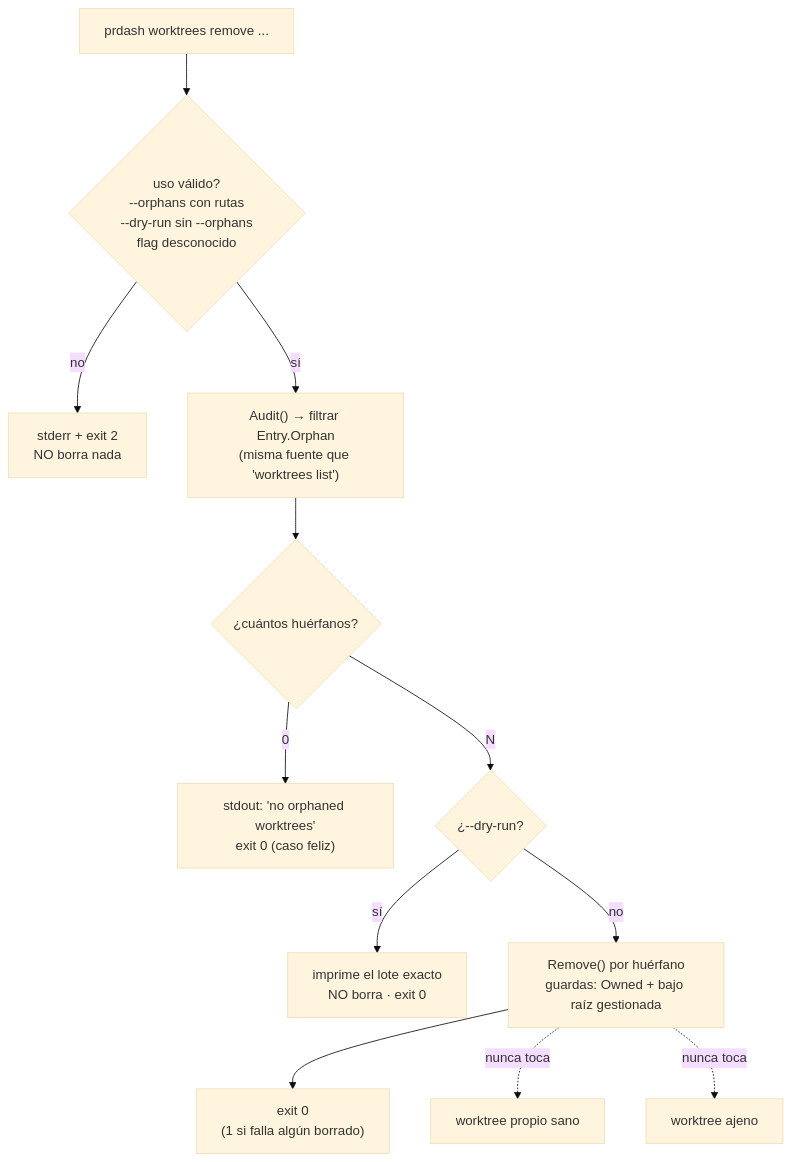
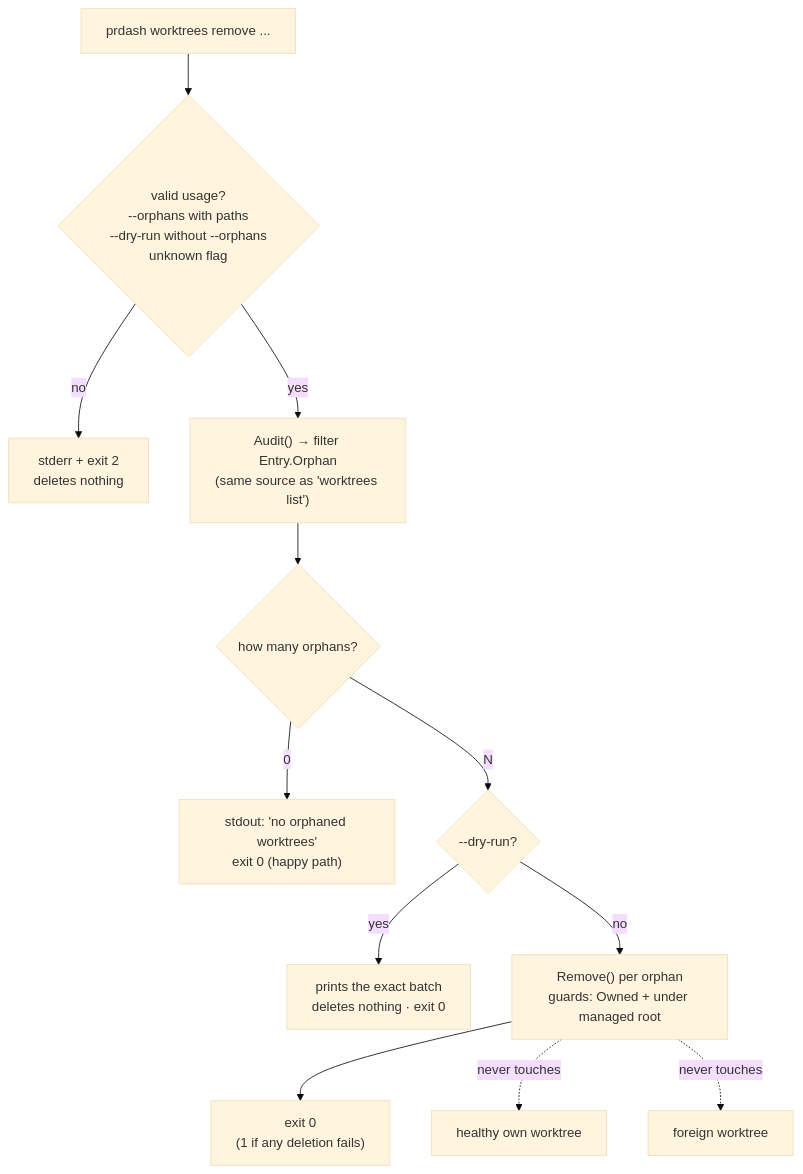
One commit to Sovengar/prdash changed the first of 3 diagrams in docs/planning/archive/0004-worktrees-cleanup/diagrams/feature-flow.md. Above: the diagram before and after it, drawn with Mermaid (base theme). The commit also changed other lines of this file and 331 other files, not shown here.

````diff
--- a/docs/planning/archive/0004-worktrees-cleanup/diagrams/feature-flow.md
+++ b/docs/planning/archive/0004-worktrees-cleanup/diagrams/feature-flow.md
@@ -8,15 +8,15 @@
 ```mermaid
 flowchart TD
-  A0["prdash worktrees remove ..."] --> A1{"uso válido?<br/>--orphans con rutas<br/>--dry-run sin --orphans<br/>flag desconocido"}
-  A1 -- "no" --> A2["stderr + exit 2<br/>NO borra nada"]
-  A1 -- "sí" --> A3["Audit() → filtrar Entry.Orphan<br/>(misma fuente que 'worktrees list')"]
-  A3 --> A4{"¿cuántos huérfanos?"}
-  A4 -- "0" --> A5["stdout: 'no orphaned worktrees'<br/>exit 0 (caso feliz)"]
-  A4 -- "N" --> A6{"¿--dry-run?"}
-  A6 -- "sí" --> A7["imprime el lote exacto<br/>NO borra · exit 0"]
-  A6 -- "no" --> A8["Remove() por huérfano<br/>guardas: Owned + bajo raíz gestionada"]
-  A8 --> A9["exit 0<br/>(1 si falla algún borrado)"]
+  A0["prdash worktrees remove ..."] --> A1{"valid usage?<br/>--orphans with paths<br/>--dry-run without --orphans<br/>unknown flag"}
+  A1 -- "no" --> A2["stderr + exit 2<br/>deletes nothing"]
+  A1 -- "yes" --> A3["Audit() → filter Entry.Orphan<br/>(same source as 'worktrees list')"]
+  A3 --> A4{"how many orphans?"}
+  A4 -- "0" --> A5["stdout: 'no orphaned worktrees'<br/>exit 0 (happy path)"]
+  A4 -- "N" --> A6{"--dry-run?"}
+  A6 -- "yes" --> A7["prints the exact batch<br/>deletes nothing · exit 0"]
+  A6 -- "no" --> A8["Remove() per orphan<br/>guards: Owned + under managed root"]
+  A8 --> A9["exit 0<br/>(1 if any deletion fails)"]
 
-  A8 -. "nunca toca" .-> AX1["worktree propio sano"]
-  A8 -. "nunca toca" .-> AX2["worktree ajeno"]
+  A8 -. "never touches" .-> AX1["healthy own worktree"]
+  A8 -. "never touches" .-> AX2["foreign worktree"]
 ```
````
